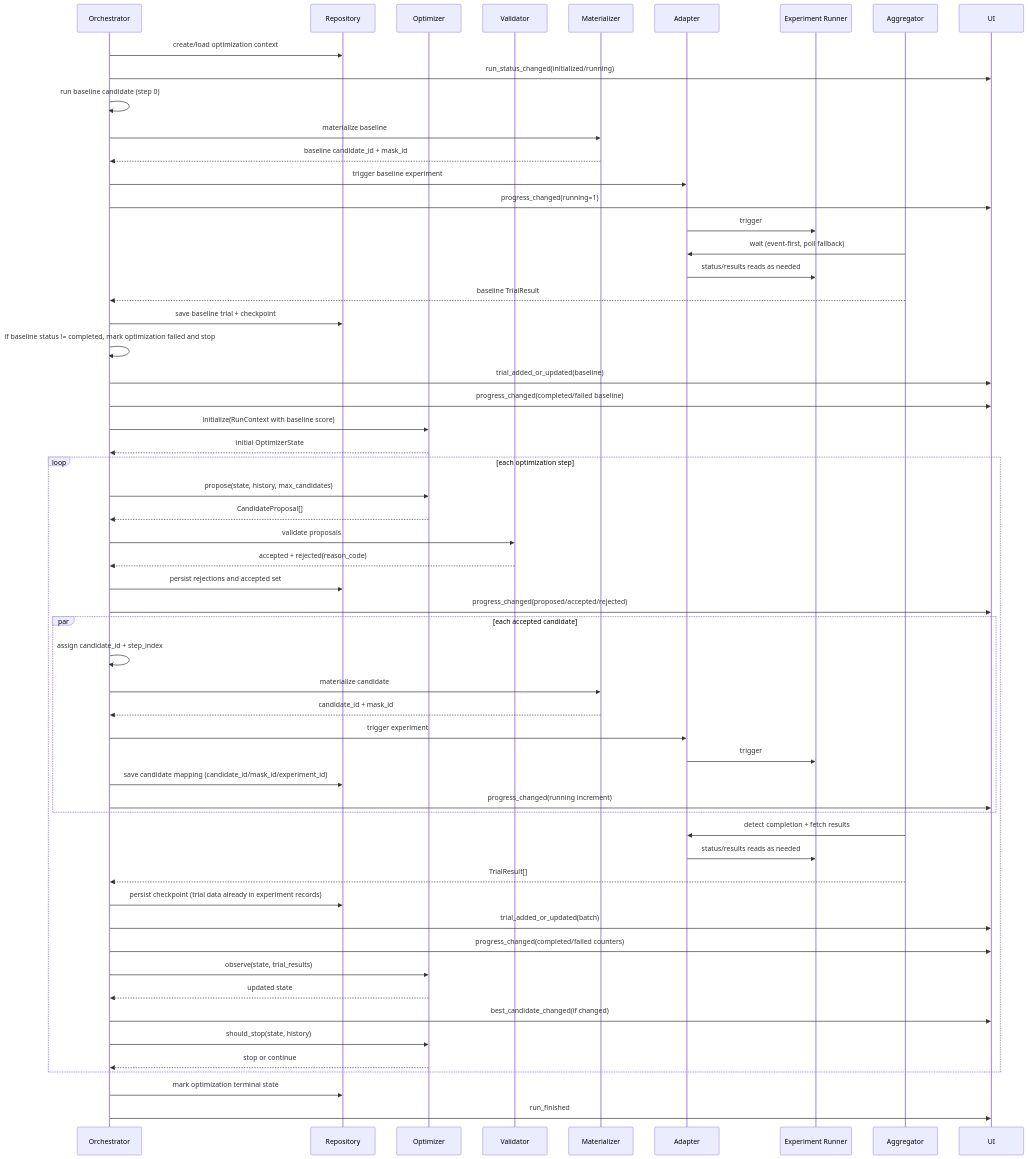
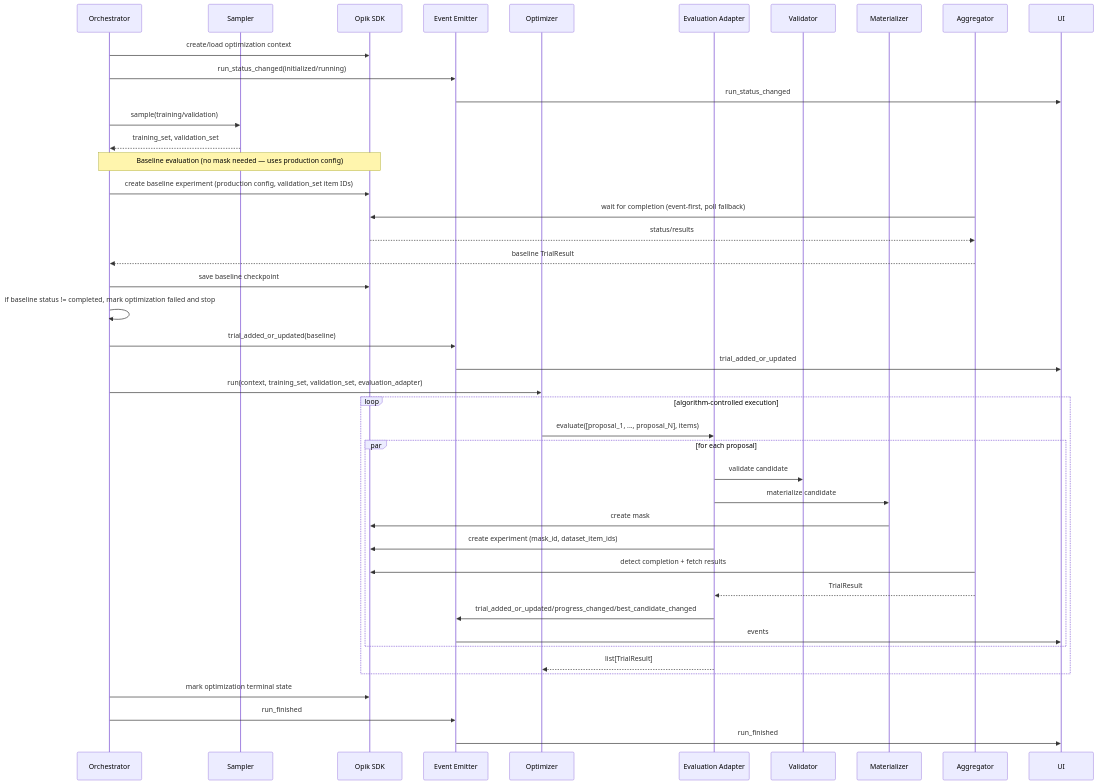
Before and after one commit to comet-ml/opik: the third of 3 diagrams in sdks/opik_optimizer/docs/optimization-framework-design.md, drawn with Mermaid. The commit also changed other lines of this file, not shown here.

````diff
--- a/sdks/opik_optimizer/docs/optimization-framework-design.md
+++ b/sdks/opik_optimizer/docs/optimization-framework-design.md
@@ -305,67 +423,49 @@
 ```mermaid
 sequenceDiagram
 participant O as Orchestrator
-participant P as Repository
+participant S as Sampler
+participant SDK as Opik SDK
+participant EV as Event Emitter
 participant A as Optimizer
+participant EA as Evaluation Adapter
 participant V as Validator
 participant M as Materializer
-participant X as Adapter
-participant E as Experiment Runner
 participant G as Aggregator
 participant U as UI
 
-O->>P: create/load optimization context
-O->>U: run_status_changed(initialized/running)
-O->>O: run baseline candidate (step 0)
-O->>M: materialize baseline
-M-->>O: baseline candidate_id + mask_id
-O->>X: trigger baseline experiment
-O->>U: progress_changed(running=1)
-X->>E: trigger
-G->>X: wait (event-first, poll fallback)
-X->>E: status/results reads as needed
+O->>SDK: create/load optimization context
+O->>EV: run_status_changed(initialized/running)
+EV->>U: run_status_changed
+O->>S: sample(training/validation)
+S-->>O: training_set, validation_set
+
+note over O,SDK: Baseline evaluation (no mask needed — uses production config)
+O->>SDK: create baseline experiment (production config, validation_set item IDs)
+G->>SDK: wait for completion (event-first, poll fallback)
+SDK-->>G: status/results
 G-->>O: baseline TrialResult
-O->>P: save baseline trial + checkpoint
+O->>SDK: save baseline checkpoint
 O->>O: if baseline status != completed, mark optimization failed and stop
-O->>U: trial_added_or_updated(baseline)
-O->>U: progress_changed(completed/failed baseline)
+O->>EV: trial_added_or_updated(baseline)
+EV->>U: trial_added_or_updated
 
-O->>A: initialize(RunContext with baseline score)
-A-->>O: initial OptimizerState
-
-loop each optimization step
-  O->>A: propose(state, history, max_candidates)
-  A-->>O: CandidateProposal[]
-
-  O->>V: validate proposals
-  V-->>O: accepted + rejected(reason_code)
-  O->>P: persist rejections and accepted set
-  O->>U: progress_changed(proposed/accepted/rejected)
-
-  par each accepted candidate
-    O->>O: assign candidate_id + step_index
-    O->>M: materialize candidate
-    M-->>O: candidate_id + mask_id
-    O->>X: trigger experiment
-    X->>E: trigger
-    O->>P: save candidate mapping (candidate_id/mask_id/experiment_id)
-    O->>U: progress_changed(running increment)
-  end
-
-  G->>X: detect completion + fetch results
-  X->>E: status/results reads as needed
-  G-->>O: TrialResult[]
-
-  O->>P: persist checkpoint (trial data already in experiment records)
-  O->>U: trial_added_or_updated(batch)
-  O->>U: progress_changed(completed/failed counters)
-  O->>A: observe(state, trial_results)
-  A-->>O: updated state
-  O->>U: best_candidate_changed(if changed)
-  O->>A: should_stop(state, history)
-  A-->>O: stop or continue
+O->>A: run(context, training_set, validation_set, evaluation_adapter)
+loop algorithm-controlled execution
+    A->>EA: evaluate([proposal_1, ..., proposal_N], items)
+    par for each proposal
+      EA->>V: validate candidate
+      EA->>M: materialize candidate
+      M->>SDK: create mask
+      EA->>SDK: create experiment (mask_id, dataset_item_ids)
+      G->>SDK: detect completion + fetch results
+      G-->>EA: TrialResult
+      EA->>EV: trial_added_or_updated/progress_changed/best_candidate_changed
+      EV->>U: events
+    end
+    EA-->>A: list[TrialResult]
 end
 
-O->>P: mark optimization terminal state
-O->>U: run_finished
+O->>SDK: mark optimization terminal state
+O->>EV: run_finished
+EV->>U: run_finished
 ```
````
